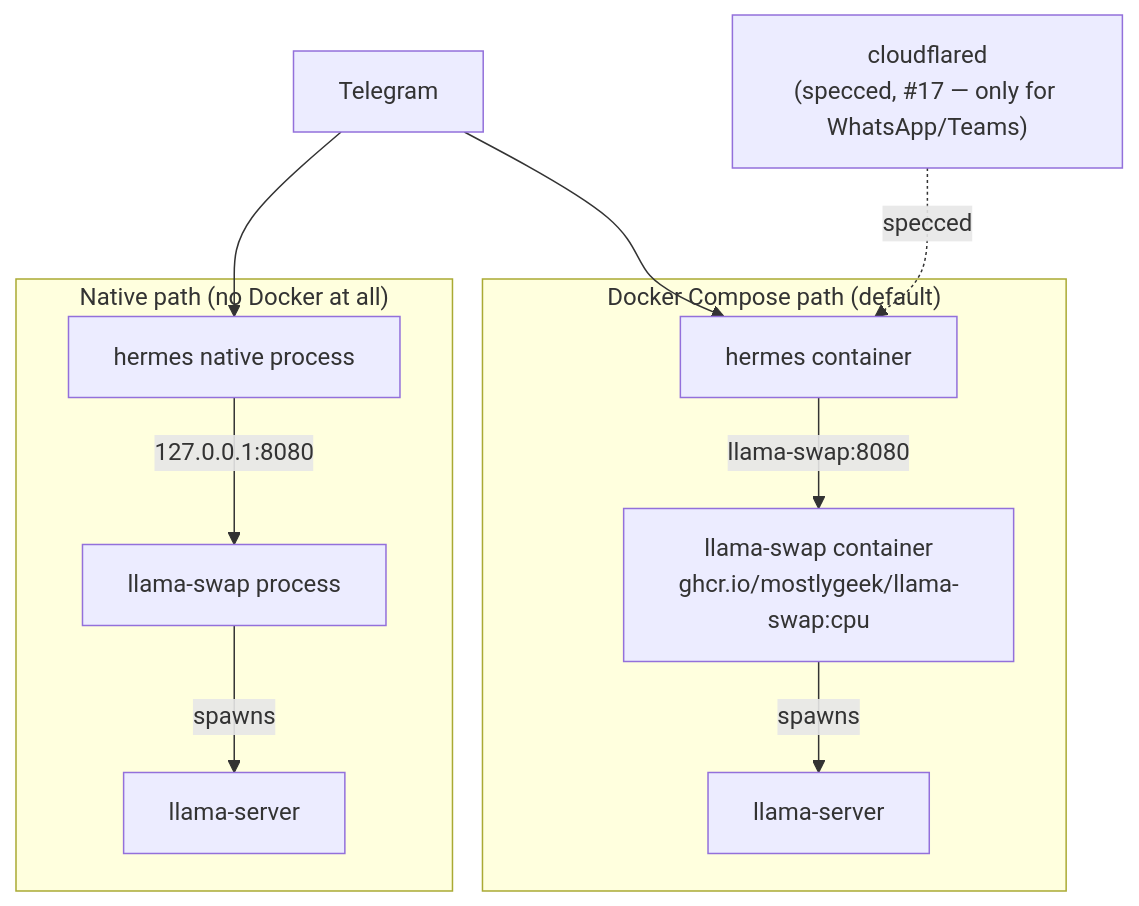
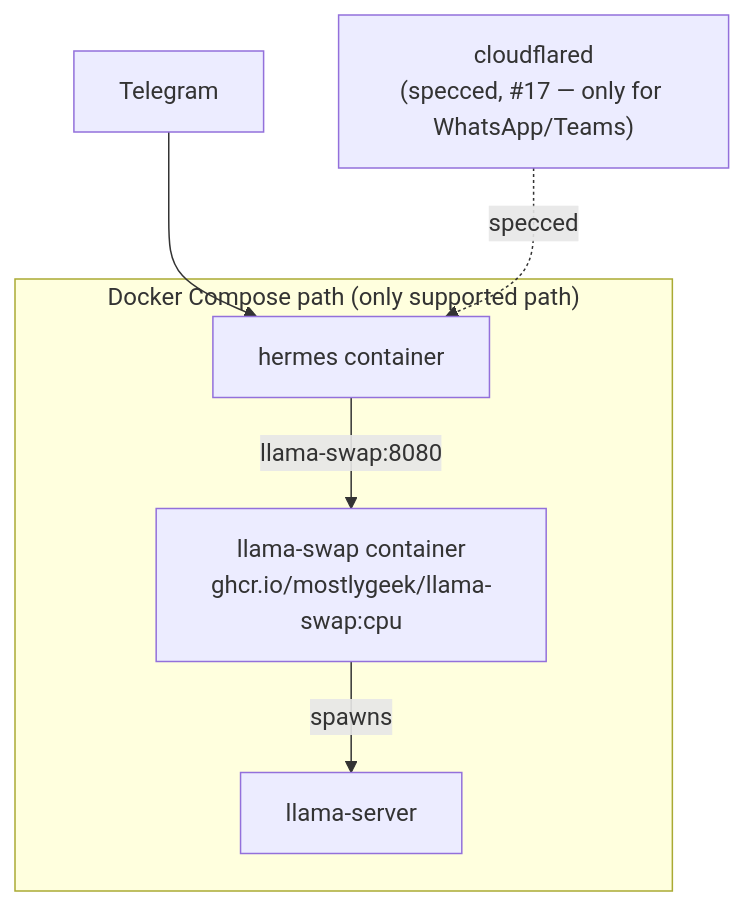
The third of 6 diagrams in docs/ARCHITECTURE.md (ka8t/Hermes), drawn with Mermaid before and after one commit. The commit also changed other lines of this file and 19 other files, not shown here.

First line of the commit message:
Drop native VPS deployment path, keep VPS Docker-only

````diff
--- a/docs/ARCHITECTURE.md
+++ b/docs/ARCHITECTURE.md
@@ -99,16 +104,11 @@
 ```mermaid
 graph TB
-    subgraph DockerV["Docker Compose path (default)"]
+    subgraph DockerV["Docker Compose path (only supported path)"]
         LSv["llama-swap container<br/>ghcr.io/mostlygeek/llama-swap:cpu"] -->|spawns| LCv[llama-server]
         Hv[hermes container] -->|llama-swap:8080| LSv
-    end
-    subgraph NativeV["Native path (no Docker at all)"]
-        LSvn[llama-swap process] -->|spawns| LCvn[llama-server]
-        Hvn[hermes native process] -->|127.0.0.1:8080| LSvn
     end
     CF["cloudflared<br/>(specced, #17 — only for WhatsApp/Teams)"]
 
     TGv[Telegram] --> Hv
-    TGv --> Hvn
     CF -. specced .-> Hv
 ```
````
